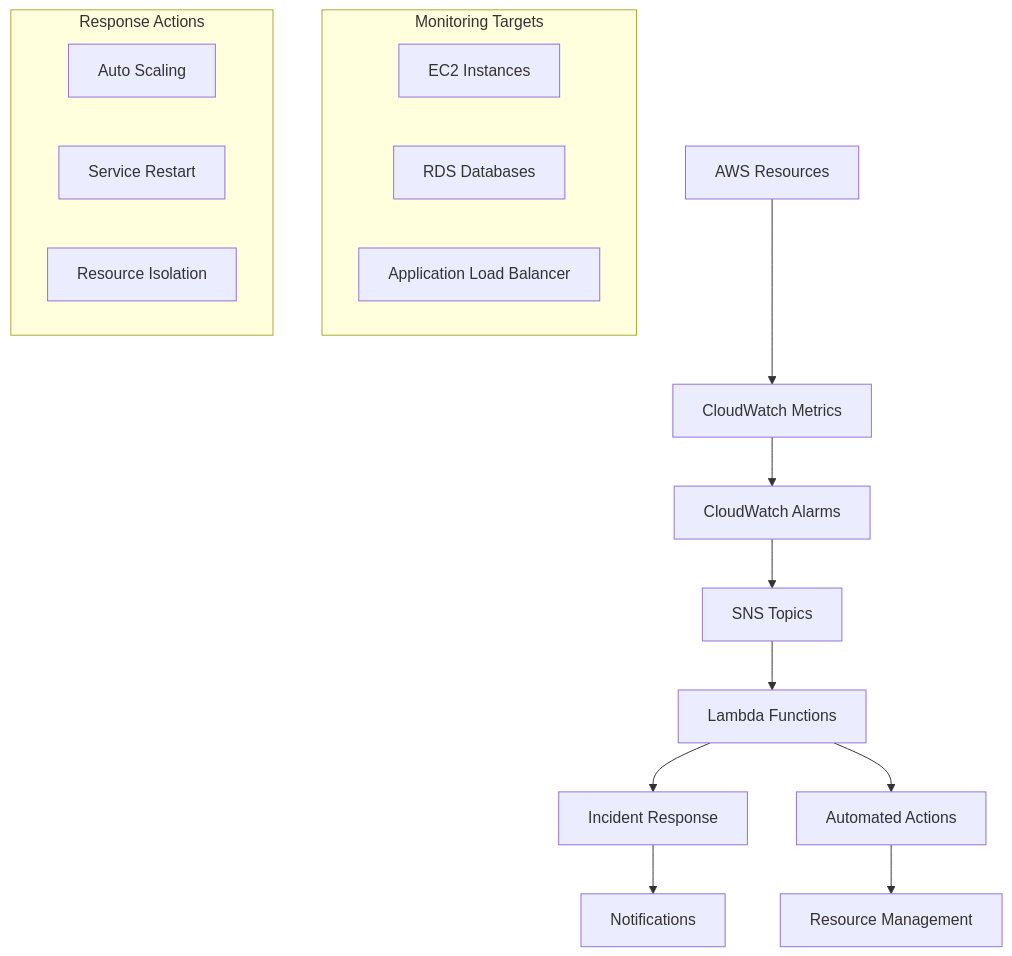
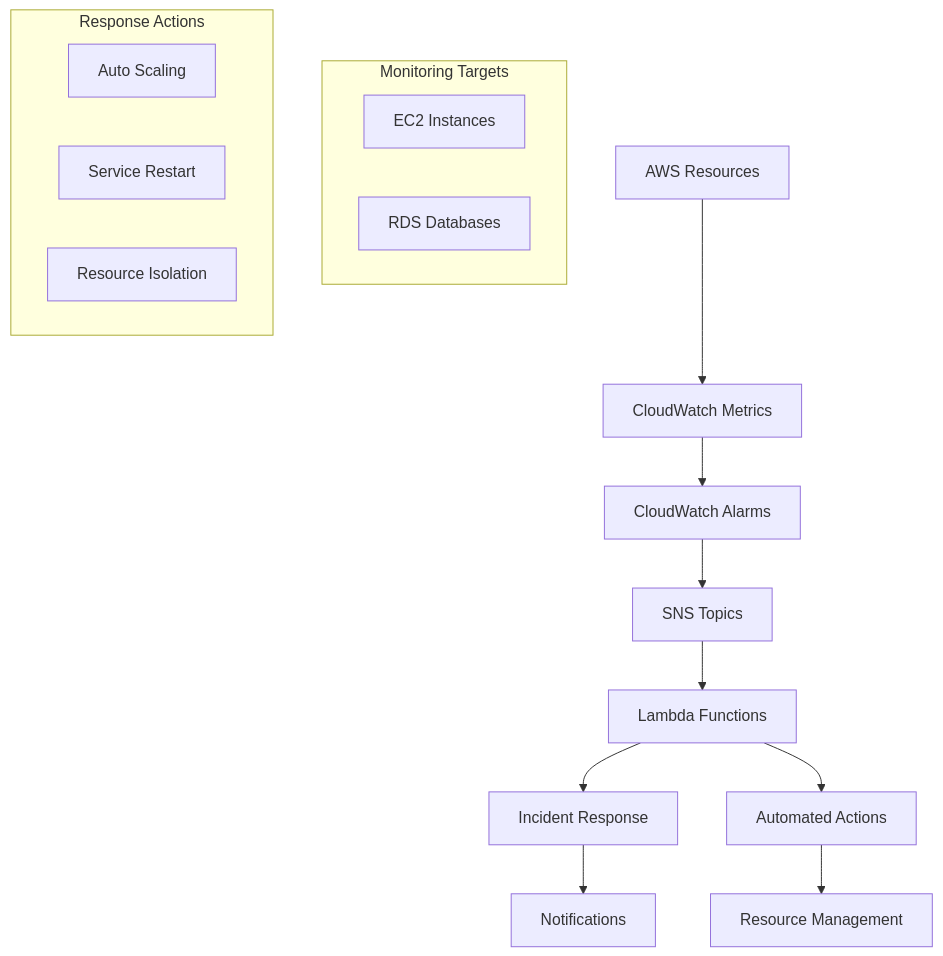
Before and after one commit to AshokNaidu-Code/aws-infrastructure-monitoring: the diagram in README.md, drawn with Mermaid. The commit also changed 8 other files, not shown here.

````diff
--- a/README.md
+++ b/README.md
@@ -30,23 +30,22 @@
 ```mermaid
 graph TB
     A[AWS Resources] --> B[CloudWatch Metrics]
     B --> C[CloudWatch Alarms]
     C --> D[SNS Topics]
     D --> E[Lambda Functions]
     E --> F[Incident Response]
     E --> G[Automated Actions]
     F --> H[Notifications]
     G --> I[Resource Management]
     
     subgraph "Monitoring Targets"
         J[EC2 Instances]
-        K[RDS Databases] 
-        L[Application Load Balancer]
+        K[RDS Databases]
     end
     
     subgraph "Response Actions"
-        M[Auto Scaling]
-        N[Service Restart]
-        O[Resource Isolation]
+        L[Auto Scaling]
+        M[Service Restart]
+        N[Resource Isolation]
     end
 ```
````
